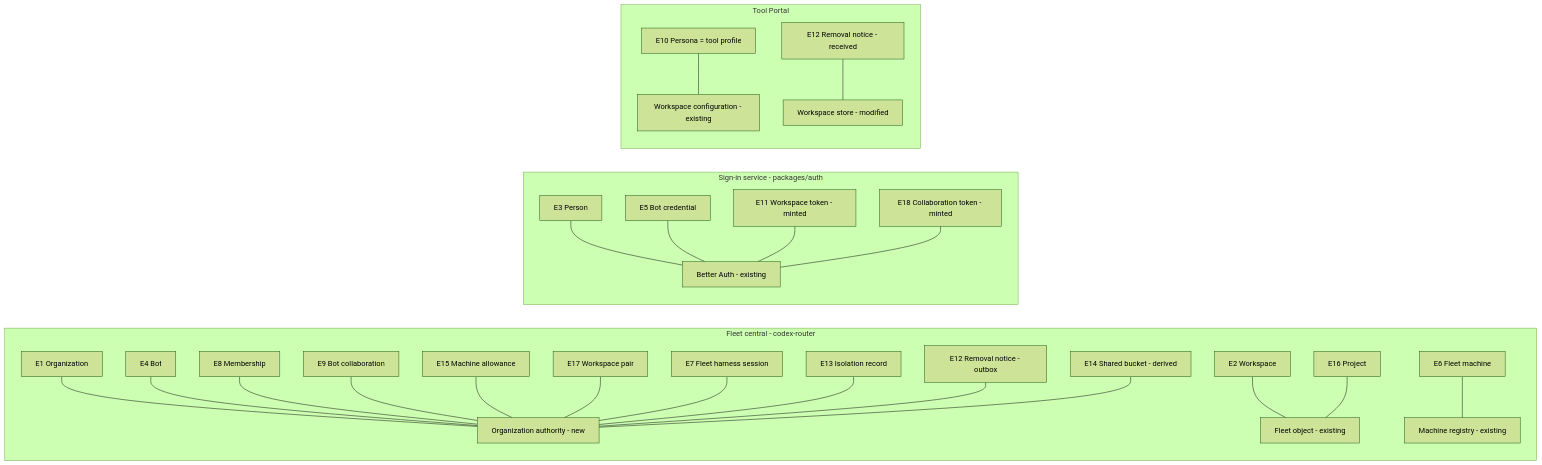
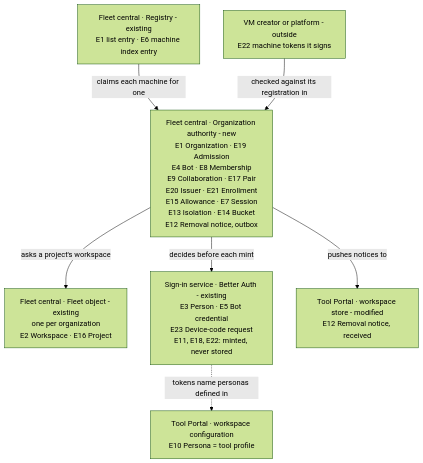
Before and after one commit to ShravanSunder/agent-vm: the second of 10 diagrams in docs/specs/2026-10-24-agent-identity/program-design.md, drawn with Mermaid (forest theme). The commit also changed other lines of this file and 2 other files, not shown here.

````diff
--- a/docs/specs/2026-10-24-agent-identity/program-design.md
+++ b/docs/specs/2026-10-24-agent-identity/program-design.md
@@ -101,28 +90,16 @@
 ```mermaid
-flowchart LR
-  subgraph C[Fleet central - codex-router]
-    E1[E1 Organization] --- OA[Organization authority - new]
-    E4[E4 Bot] --- OA
-    E8[E8 Membership] --- OA
-    E9[E9 Bot collaboration] --- OA
-    E15[E15 Machine allowance] --- OA
-    E17[E17 Workspace pair] --- OA
-    E7[E7 Fleet harness session] --- OA
-    E13[E13 Isolation record] --- OA
-    E12[E12 Removal notice - outbox] --- OA
-    E14[E14 Shared bucket - derived] --- OA
-    E2[E2 Workspace] --- FO[Fleet object - existing]
-    E16[E16 Project] --- FO
-    E6[E6 Fleet machine] --- REG[Machine registry - existing]
-  end
-  subgraph S[Sign-in service - packages/auth]
-    E3[E3 Person] --- BA[Better Auth - existing]
-    E5[E5 Bot credential] --- BA
-    E11[E11 Workspace token - minted] --- BA
-    E18[E18 Collaboration token - minted] --- BA
-  end
-  subgraph P[Tool Portal]
-    E10[E10 Persona = tool profile] --- CFG[Workspace configuration - existing]
-    E12b[E12 Removal notice - received] --- WS[Workspace store - modified]
-  end
+flowchart TB
+  REG["Fleet central · Registry - existing<br/>E1 list entry · E6 machine index entry"]
+  OA["Fleet central · Organization authority - new<br/>E1 Organization · E19 Admission<br/>E4 Bot · E8 Membership<br/>E9 Collaboration · E17 Pair<br/>E20 Issuer · E21 Enrollment<br/>E15 Allowance · E7 Session<br/>E13 Isolation · E14 Bucket<br/>E12 Removal notice, outbox"]
+  FO["Fleet central · Fleet object - existing<br/>one per organization<br/>E2 Workspace · E16 Project"]
+  BA["Sign-in service · Better Auth - existing<br/>E3 Person · E5 Bot credential<br/>E23 Device-code request<br/>E11, E18, E22: minted, never stored"]
+  VMI["VM creator or platform - outside<br/>E22 machine tokens it signs"]
+  WS["Tool Portal · workspace store - modified<br/>E12 Removal notice, received"]
+  CFG["Tool Portal · workspace configuration<br/>E10 Persona = tool profile"]
+  REG -- "claims each machine for one" --> OA
+  OA -- "asks a project's workspace" --> FO
+  OA -- "decides before each mint" --> BA
+  VMI -- "checked against its registration in" --> OA
+  OA -- "pushes notices to" --> WS
+  BA -. "tokens name personas defined in" .-> CFG
 ```
````
